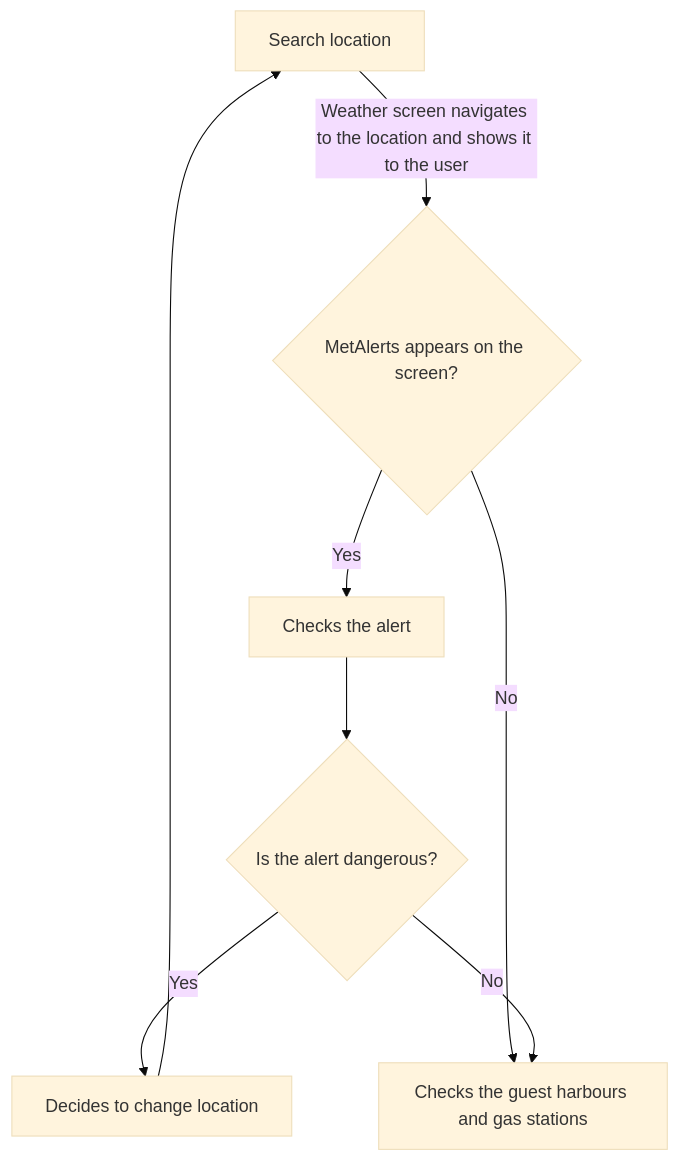
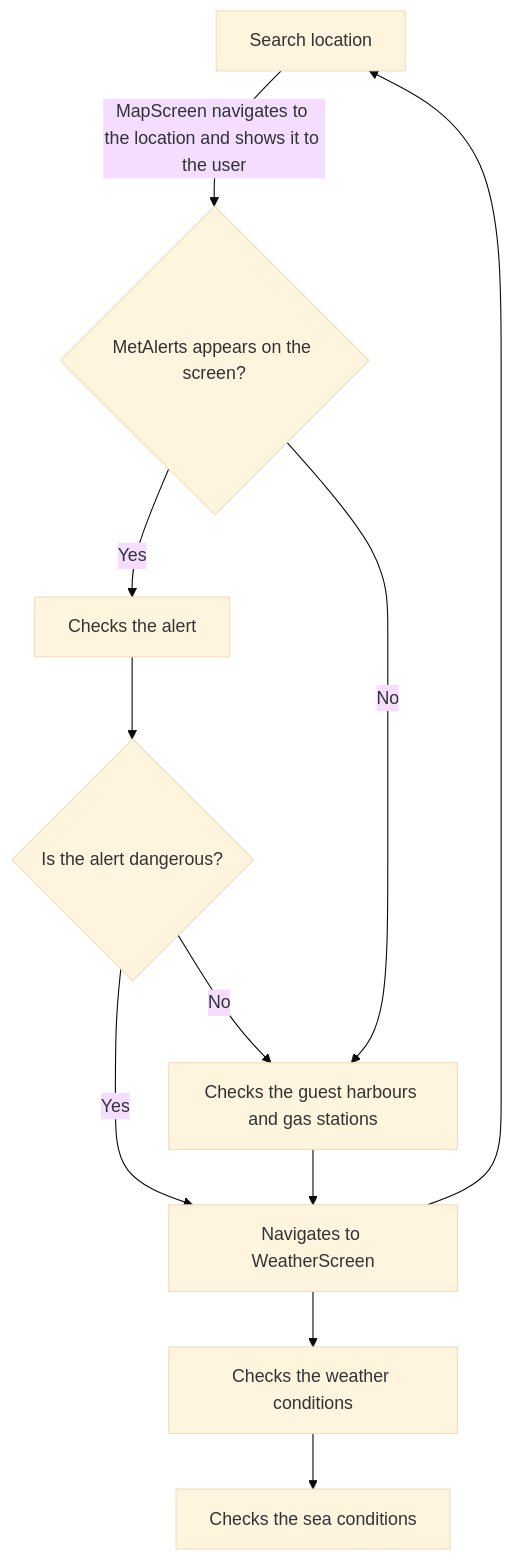
Before and after one commit to ronjainstanes/IN2000-student-project: the second of 2 diagrams in MODELING.md, drawn with Mermaid (base theme).

Commit message:
Activity diagram start test 12

````diff
--- a/MODELING.md
+++ b/MODELING.md
@@ -126,9 +126,12 @@
 ```mermaid
 flowchart 
-A[Search location] -->|Weather screen navigates to the location and shows it to the user| B{MetAlerts appears on the screen?}
+A[Search location] -->|MapScreen navigates to the location and shows it to the user| B{MetAlerts appears on the screen?}
 B -->|Yes| C[Checks the alert]
 B -->|No| D[Checks the guest harbours and gas stations]
 C--> E{Is the alert dangerous?}
 E-->|Yes| F[Decides to change location]-->A
 E-->|No| D
+D-->F[Navigates to WeatherScreen]
+F--> G[Checks the weather conditions]
+G--> H[Checks the sea conditions]
 ```
````
